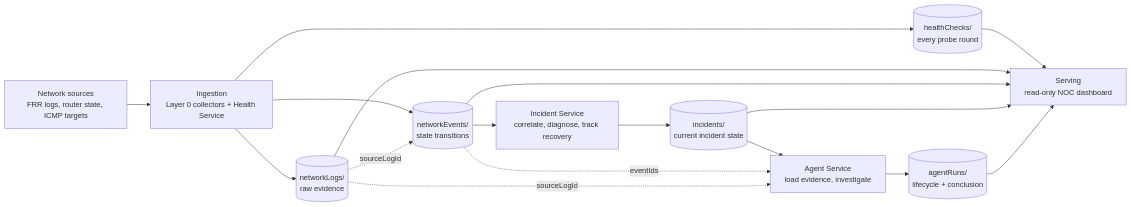
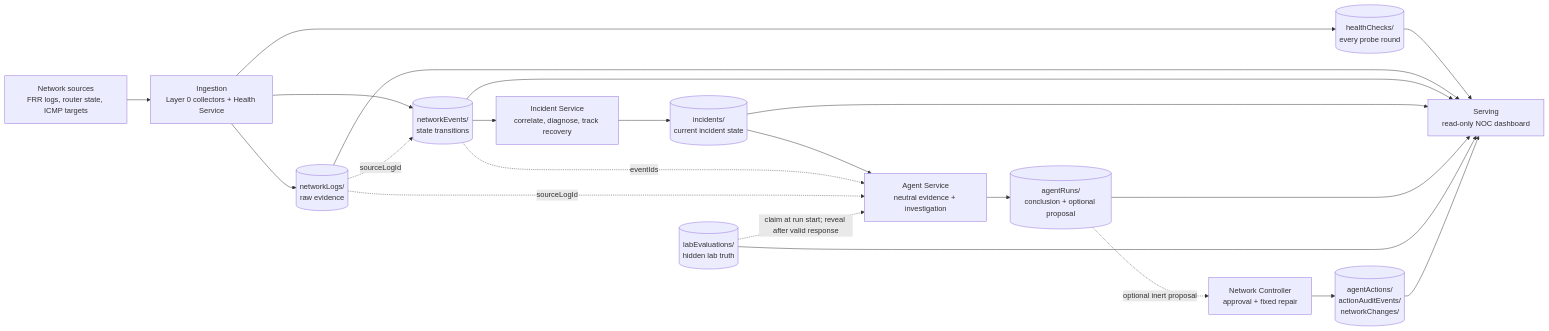
Before and after one commit to WillemSmit7/acn: the diagram in docs/data-pipeline.md, drawn with Mermaid. The commit also changed other lines of this file and 10 other files, not shown here.

First line of the commit message:
Refactor architecture and documentation for Increment 5 and 6

````diff
--- a/docs/data-pipeline.md
+++ b/docs/data-pipeline.md
@@ -12,29 +12,37 @@
 ```mermaid
 flowchart LR
   Sources["Network sources<br/>FRR logs, router state, ICMP targets"]
   Ingest["Ingestion<br/>Layer 0 collectors + Health Service"]
   Raw[("networkLogs/<br/>raw evidence")]
   Checks[("healthChecks/<br/>every probe round")]
   Events[("networkEvents/<br/>state transitions")]
   Process["Incident Service<br/>correlate, diagnose, track recovery"]
   Incidents[("incidents/<br/>current incident state")]
-  Agent["Agent Service<br/>load evidence, investigate"]
-  Runs[("agentRuns/<br/>lifecycle + conclusion")]
+  Agent["Agent Service<br/>neutral evidence + investigation"]
+  Runs[("agentRuns/<br/>conclusion + optional proposal")]
+  Evaluate[("labEvaluations/<br/>hidden lab truth")]
+  Controller["Network Controller<br/>approval + fixed repair"]
+  Actions[("agentActions/<br/>actionAuditEvents/<br/>networkChanges/")]
   Serve["Serving<br/>read-only NOC dashboard"]
 
   Sources --> Ingest
   Ingest --> Raw
   Ingest --> Checks
   Ingest --> Events
   Raw -.->|"sourceLogId"| Events
   Events --> Process --> Incidents
   Incidents --> Agent
   Events -.->|"eventIds"| Agent
   Raw -.->|"sourceLogId"| Agent
   Agent --> Runs
+  Evaluate -.->|"claim at run start; reveal after valid response"| Agent
+  Runs -.->|"optional inert proposal"| Controller
+  Controller --> Actions
   Checks --> Serve
   Raw --> Serve
   Events --> Serve
   Incidents --> Serve
   Runs --> Serve
+  Evaluate --> Serve
+  Actions --> Serve
 ```
````
